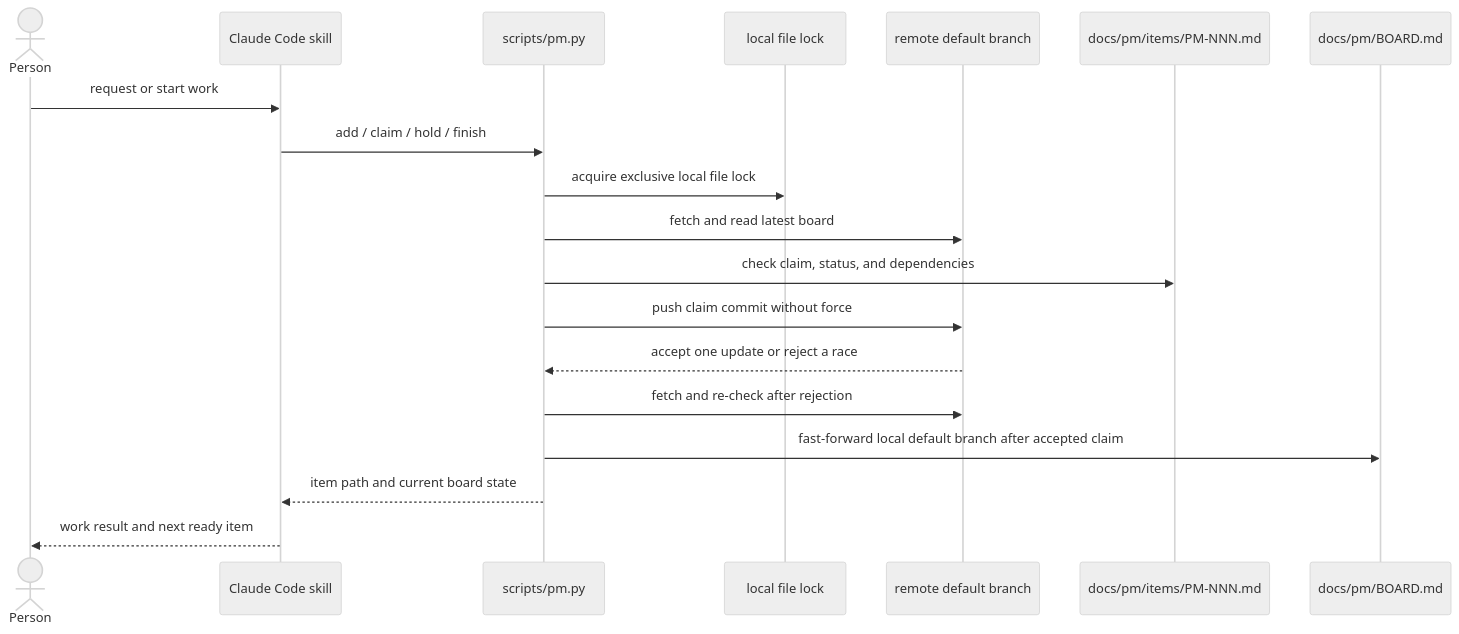
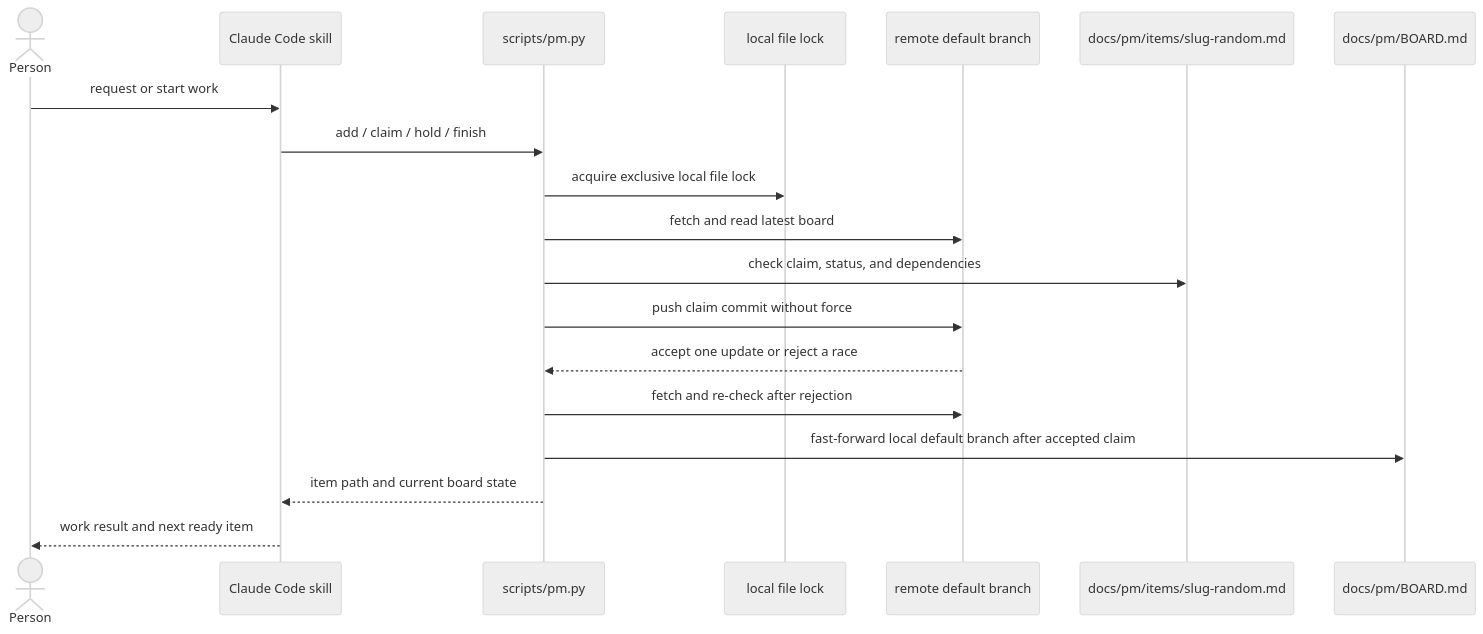
One commit to yehezkieled/pm-plugin changed the second of 2 diagrams in docs/architecture.md. Above: the diagram before and after it, drawn with Mermaid (neutral theme). The commit also changed other lines of this file and 6 other files, not shown here.

Commit message:
no-mistakes(review): Generate collision-resistant slug-based item IDs

````diff
--- a/docs/architecture.md
+++ b/docs/architecture.md
@@ -26,21 +26,21 @@
 ```mermaid
 sequenceDiagram
   actor Person
   participant Skill as Claude Code skill
   participant CLI as scripts/pm.py
   participant Lock as local file lock
   participant Remote as remote default branch
-  participant Item as docs/pm/items/PM-NNN.md
+  participant Item as docs/pm/items/slug-random.md
   participant Board as docs/pm/BOARD.md
   Person->>Skill: request or start work
   Skill->>CLI: add / claim / hold / finish
   CLI->>Lock: acquire exclusive local file lock
   CLI->>Remote: fetch and read latest board
   CLI->>Item: check claim, status, and dependencies
   CLI->>Remote: push claim commit without force
   Remote-->>CLI: accept one update or reject a race
   CLI->>Remote: fetch and re-check after rejection
   CLI->>Board: fast-forward local default branch after accepted claim
   CLI-->>Skill: item path and current board state
   Skill-->>Person: work result and next ready item
 ```
````
